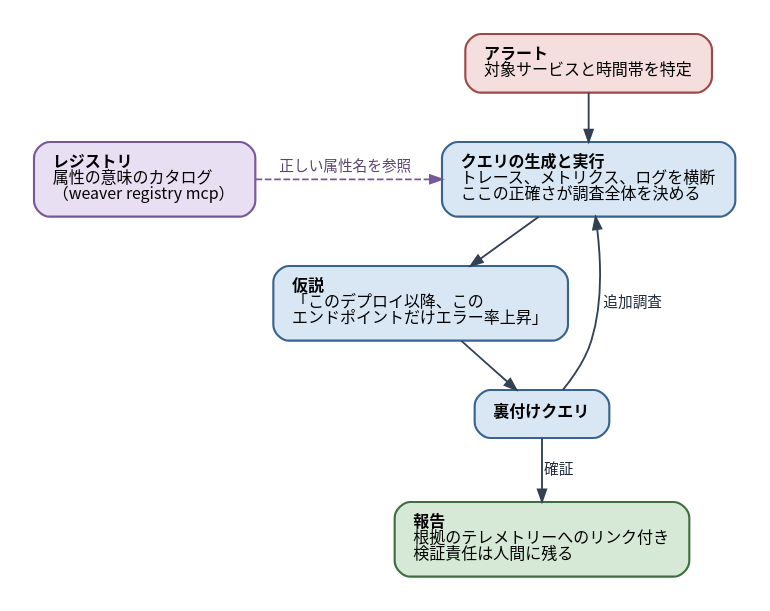
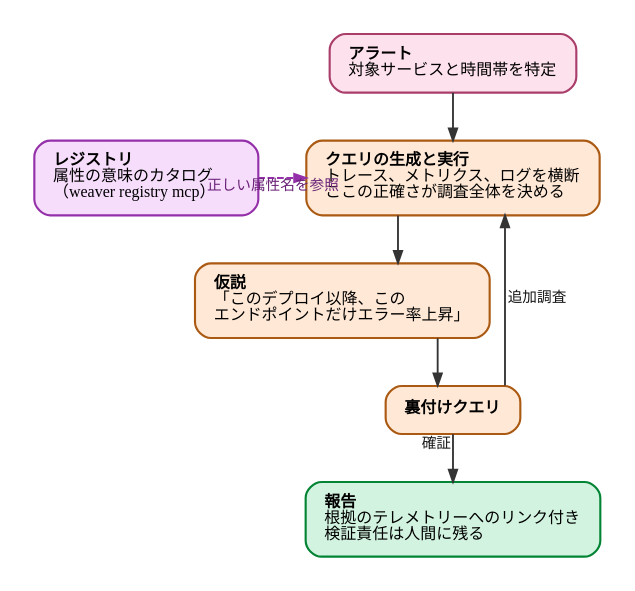
Before and after one commit to ymotongpoo/zenn.dev: the diagram in diagrams/observability-platform-with-otel/20260926-ai-investigation-loop.dot, drawn with Graphviz. The commit also changed 33 other files, not shown here.

First line of the commit message:
fix(otel-platform): 図16枚を book-diagram-graphviz の規範へ移行する

```diff
--- a/diagrams/observability-platform-with-otel/20260926-ai-investigation-loop.dot
+++ b/diagrams/observability-platform-with-otel/20260926-ai-investigation-loop.dot
@@ -1,38 +1,38 @@
 // AIによる障害調査のループ
 digraph ai_investigation_loop {
   graph [
-    fontname="Harano Aji Gothic,Noto Sans CJK JP,IPAGothic", fontsize=13,
-    rankdir=TB, compound=true, splines=true,
+    fontname="IBM Plex Sans JP", fontsize=13,
+    rankdir=TB, compound=true, splines=ortho,
     nodesep=0.5, ranksep=0.5, pad=0.25,
     bgcolor="white", newrank=true
   ];
   node [
-    fontname="Harano Aji Gothic,Noto Sans CJK JP,IPAGothic", fontsize=12,
+    fontname="IBM Plex Sans JP", fontsize=12,
     shape=box, style="rounded,filled",
-    fillcolor="#F1F5F9", color="#475569", penwidth=1.6,
+    fillcolor="#E4E4E4", color="#4A4A4A", penwidth=1.6,
     margin="0.2,0.14"
   ];
   edge [
-    fontname="Harano Aji Gothic,Noto Sans CJK JP,IPAGothic", fontsize=11,
-    color="#334155", penwidth=1.4, arrowsize=0.9,
-    fontcolor="#1E293B"
+    fontname="IBM Plex Sans JP", fontsize=11,
+    color="#343434", penwidth=1.4, arrowsize=0.9,
+    fontcolor="#171717"
   ];
 
-  alert [label=<<b>アラート</b><br align="left"/>対象サービスと時間帯を特定<br align="left"/>>, fillcolor="#F5DEDE", color="#A04848"];
-  query [label=<<b>クエリの生成と実行</b><br align="left"/>トレース、メトリクス、ログを横断<br align="left"/>ここの正確さが調査全体を決める<br align="left"/>>, fillcolor="#D9E7F4", color="#38638F"];
-  hypo [label=<<b>仮説</b><br align="left"/>「このデプロイ以降、この<br align="left"/>エンドポイントだけエラー率上昇」<br align="left"/>>, fillcolor="#D9E7F4", color="#38638F"];
-  verify [label=<<b>裏付けクエリ</b>>, fillcolor="#D9E7F4", color="#38638F"];
-  report [label=<<b>報告</b><br align="left"/>根拠のテレメトリーへのリンク付き<br align="left"/>検証責任は人間に残る<br align="left"/>>, fillcolor="#D6E8D6", color="#3F6E3F"];
+  alert [label=<<b>アラート</b><br align="left"/>対象サービスと時間帯を特定<br align="left"/>>, fillcolor="#FDE1EC", color="#AA3E6A"];
+  query [label=<<b>クエリの生成と実行</b><br align="left"/>トレース、メトリクス、ログを横断<br align="left"/>ここの正確さが調査全体を決める<br align="left"/>>, fillcolor="#FFE9D6", color="#AB5A13"];
+  hypo [label=<<b>仮説</b><br align="left"/>「このデプロイ以降、この<br align="left"/>エンドポイントだけエラー率上昇」<br align="left"/>>, fillcolor="#FFE9D6", color="#AB5A13"];
+  verify [label=<<b>裏付けクエリ</b>>, fillcolor="#FFE9D6", color="#AB5A13"];
+  report [label=<<b>報告</b><br align="left"/>根拠のテレメトリーへのリンク付き<br align="left"/>検証責任は人間に残る<br align="left"/>>, fillcolor="#D2F3DF", color="#038435"];
 
-  registry [label=<<b>レジストリ</b><br align="left"/>属性の意味のカタログ<br align="left"/>（weaver registry mcp）<br align="left"/>>, fillcolor="#E9DFF2", color="#75589C"];
+  registry [label=<<b>レジストリ</b><br align="left"/>属性の意味のカタログ<br align="left"/>（weaver registry mcp）<br align="left"/>>, fillcolor="#F7DDFC", color="#9430A9"];
 
   alert -> query;
   query -> hypo;
   hypo -> verify;
-  verify -> query [label=" 追加調査"];
-  verify -> report [label=" 確証"];
+  verify -> query [xlabel=" 追加調査"];
+  verify -> report [xlabel=" 確証"];
 
-  registry -> query [style=dashed, color="#75589C", fontcolor="#5B4370", label=" 正しい属性名を参照\l"];
+  registry -> query [style=dashed, color="#9430A9", fontcolor="#6A2278", xlabel=" 正しい属性名を参照\l"];
 
   { rank=same; query; registry; }
 }
```
